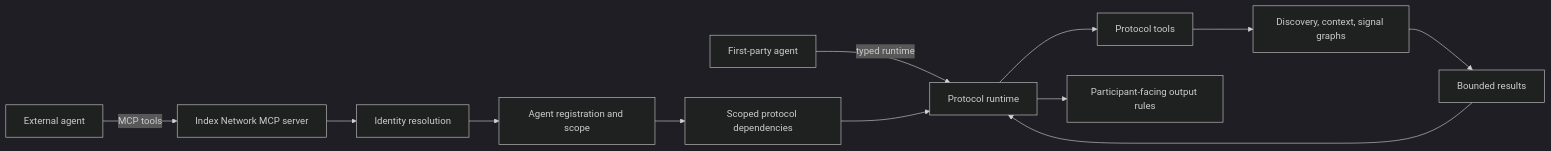
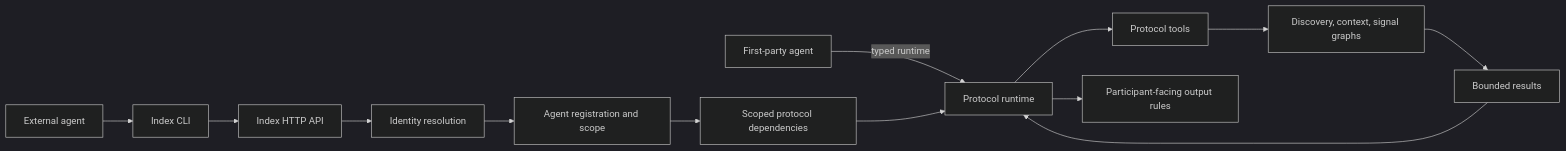
One commit to indexnetwork/index changed the sixth of 6 diagrams in packages/protocol/README.md. Above: the diagram before and after it, drawn with Mermaid (dark theme). The commit also changed other lines of this file and 97 other files, not shown here.

Commit message:
refactor!: replace Index MCP with the HTTP CLI

````diff
--- a/packages/protocol/README.md
+++ b/packages/protocol/README.md
@@ -391,16 +391,17 @@
 ```mermaid
 flowchart LR
-    ExternalAgent[External agent] -->|MCP tools| McpServer[Index Network MCP server]
+    ExternalAgent[External agent] --> CLI[Index CLI]
+    CLI --> HTTP[Index HTTP API]
     FirstPartyAgent[First-party agent] -->|typed runtime| Runtime[Protocol runtime]
 
-    McpServer --> Identity[Identity resolution]
+    HTTP --> Identity[Identity resolution]
     Identity --> AgentGate[Agent registration and scope]
     AgentGate --> ScopedDeps[Scoped protocol dependencies]
     ScopedDeps --> Runtime
 
     Runtime --> Tools[Protocol tools]
     Tools --> Graphs[Discovery, context, signal graphs]
     Graphs --> Results[Bounded results]
     Results --> Runtime
     Runtime --> ParticipantOutput[Participant-facing output rules]
 ```
````
